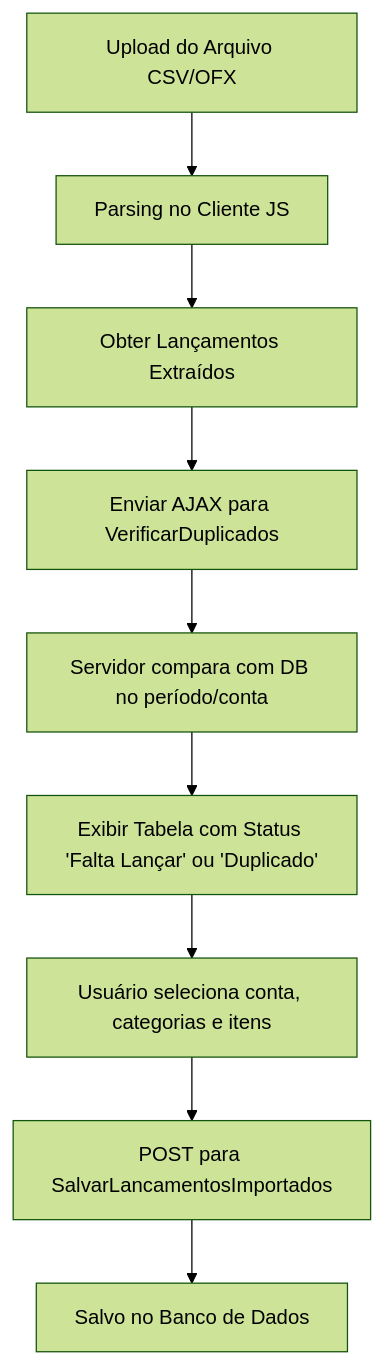
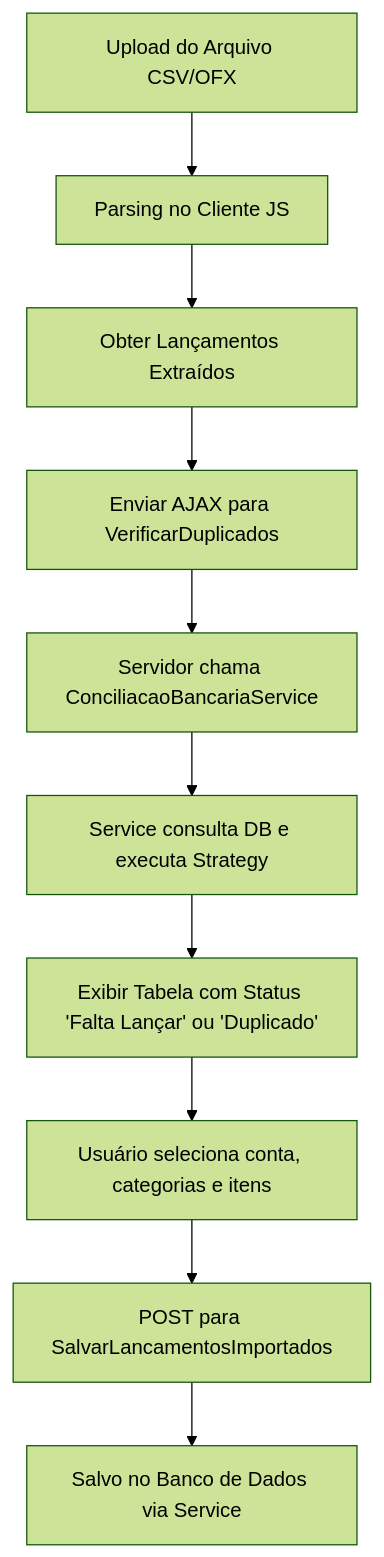
The second of 2 diagrams in Especificacao_Importacao_Conciliacao_Bancaria.md (kaahoje/controle_financeiro), drawn with Mermaid (forest theme) before and after one commit. The commit also changed other lines of this file and 11 other files, not shown here.

````diff
--- a/Especificacao_Importacao_Conciliacao_Bancaria.md
+++ b/Especificacao_Importacao_Conciliacao_Bancaria.md
@@ -161,11 +230,12 @@
 ```mermaid
 flowchart TD
     A[Upload do Arquivo CSV/OFX] --> B[Parsing no Cliente JS]
     B --> C[Obter Lançamentos Extraídos]
     C --> D[Enviar AJAX para VerificarDuplicados]
-    D --> E[Servidor compara com DB no período/conta]
-    E --> F[Exibir Tabela com Status 'Falta Lançar' ou 'Duplicado']
-    F --> G[Usuário seleciona conta, categorias e itens]
-    G --> H[POST para SalvarLancamentosImportados]
-    H --> I[Salvo no Banco de Dados]
+    D --> E[Servidor chama ConciliacaoBancariaService]
+    E --> F[Service consulta DB e executa Strategy]
+    F --> G[Exibir Tabela com Status 'Falta Lançar' ou 'Duplicado']
+    G --> H[Usuário seleciona conta, categorias e itens]
+    H --> I[POST para SalvarLancamentosImportados]
+    I --> J[Salvo no Banco de Dados via Service]
 ```
````
